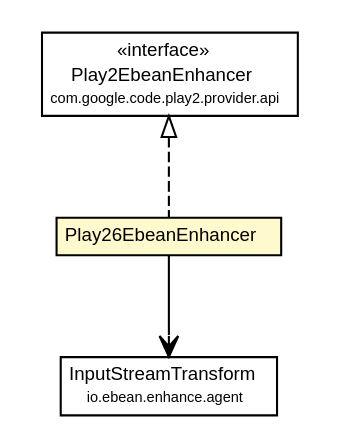
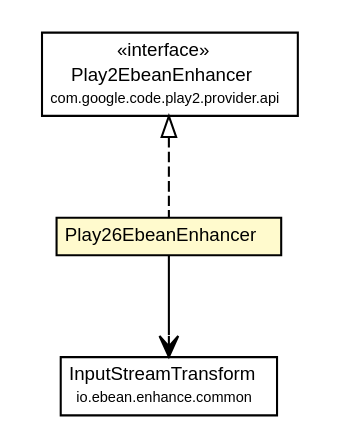
One commit to play2-maven-plugin/play2-maven-plugin.github.io changed the diagram in play2-maven-plugin/1.0.0-beta8-SNAPSHOT/play2-providers/play2-provider-play26/apidocs/com/google/code/play2/provider/play26/Play26EbeanEnhancer.dot. Above: the diagram before and after it, drawn with Graphviz. The commit also changed 484 other files, not shown here.

```diff
--- a/play2-maven-plugin/1.0.0-beta8-SNAPSHOT/play2-providers/play2-provider-play26/apidocs/com/google/code/play2/provider/play26/Play26EbeanEnhancer.dot
+++ b/play2-maven-plugin/1.0.0-beta8-SNAPSHOT/play2-providers/play2-provider-play26/apidocs/com/google/code/play2/provider/play26/Play26EbeanEnhancer.dot
@@ -1,37 +1,37 @@
 #!/usr/local/bin/dot
 #
 # Class diagram 
 # Generated by UMLGraph version R5_6-24-gf6e263 (http://www.umlgraph.org/)
 #
 
 digraph G {
 	edge [fontname="arial",fontsize=10,labelfontname="arial",labelfontsize=10];
 	node [fontname="arial",fontsize=10,shape=plaintext];
 	nodesep=0.25;
 	ranksep=0.5;
 	// com.google.code.play2.provider.play26.Play26EbeanEnhancer
 	c239 [label=<<table title="com.google.code.play2.provider.play26.Play26EbeanEnhancer" border="0" cellborder="1" cellspacing="0" cellpadding="2" port="p" bgcolor="lemonChiffon" href="./Play26EbeanEnhancer.html">
 		<tr><td><table border="0" cellspacing="0" cellpadding="1">
 <tr><td align="center" balign="center"> Play26EbeanEnhancer </td></tr>
 		</table></td></tr>
 		</table>>, URL="./Play26EbeanEnhancer.html", fontname="arial", fontcolor="black", fontsize=9.0];
 	//com.google.code.play2.provider.play26.Play26EbeanEnhancer implements com.google.code.play2.provider.api.Play2EbeanEnhancer
 	c251:p -> c239:p [dir=back,arrowtail=empty,style=dashed];
-	// com.google.code.play2.provider.play26.Play26EbeanEnhancer NAVASSOC io.ebean.enhance.agent.InputStreamTransform
+	// com.google.code.play2.provider.play26.Play26EbeanEnhancer NAVASSOC io.ebean.enhance.common.InputStreamTransform
 	c239:p -> c255:p [taillabel="", label="", headlabel="", fontname="arial", fontcolor="black", fontsize=10.0, color="black", arrowhead=open];
-	// io.ebean.enhance.agent.InputStreamTransform
-	c255 [label=<<table title="io.ebean.enhance.agent.InputStreamTransform" border="0" cellborder="1" cellspacing="0" cellpadding="2" port="p">
+	// io.ebean.enhance.common.InputStreamTransform
+	c255 [label=<<table title="io.ebean.enhance.common.InputStreamTransform" border="0" cellborder="1" cellspacing="0" cellpadding="2" port="p">
 		<tr><td><table border="0" cellspacing="0" cellpadding="1">
 <tr><td align="center" balign="center"> InputStreamTransform </td></tr>
-<tr><td align="center" balign="center"><font point-size="7.0"> io.ebean.enhance.agent </font></td></tr>
+<tr><td align="center" balign="center"><font point-size="7.0"> io.ebean.enhance.common </font></td></tr>
 		</table></td></tr>
 		</table>>, URL="null", fontname="arial", fontcolor="black", fontsize=9.0];
 	// com.google.code.play2.provider.api.Play2EbeanEnhancer
 	c251 [label=<<table title="com.google.code.play2.provider.api.Play2EbeanEnhancer" border="0" cellborder="1" cellspacing="0" cellpadding="2" port="p">
 		<tr><td><table border="0" cellspacing="0" cellpadding="1">
 <tr><td align="center" balign="center"> &#171;interface&#187; </td></tr>
 <tr><td align="center" balign="center"> Play2EbeanEnhancer </td></tr>
 <tr><td align="center" balign="center"><font point-size="7.0"> com.google.code.play2.provider.api </font></td></tr>
 		</table></td></tr>
 		</table>>, URL="null", fontname="arial", fontcolor="black", fontsize=9.0];
 }
```
